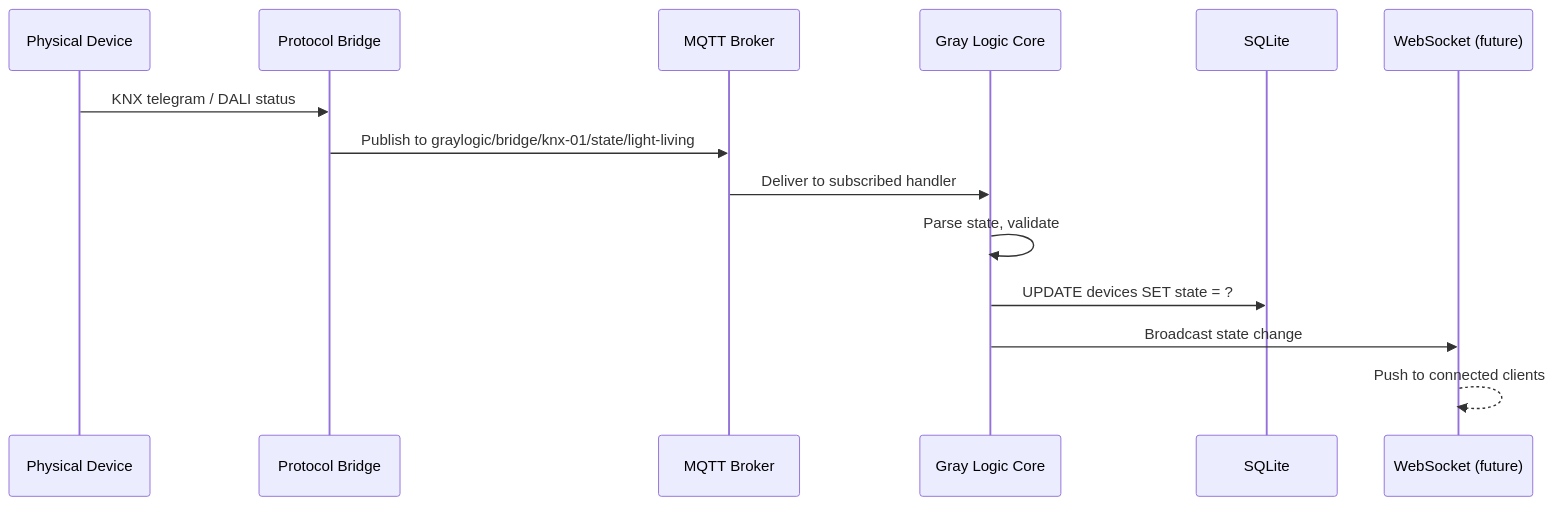
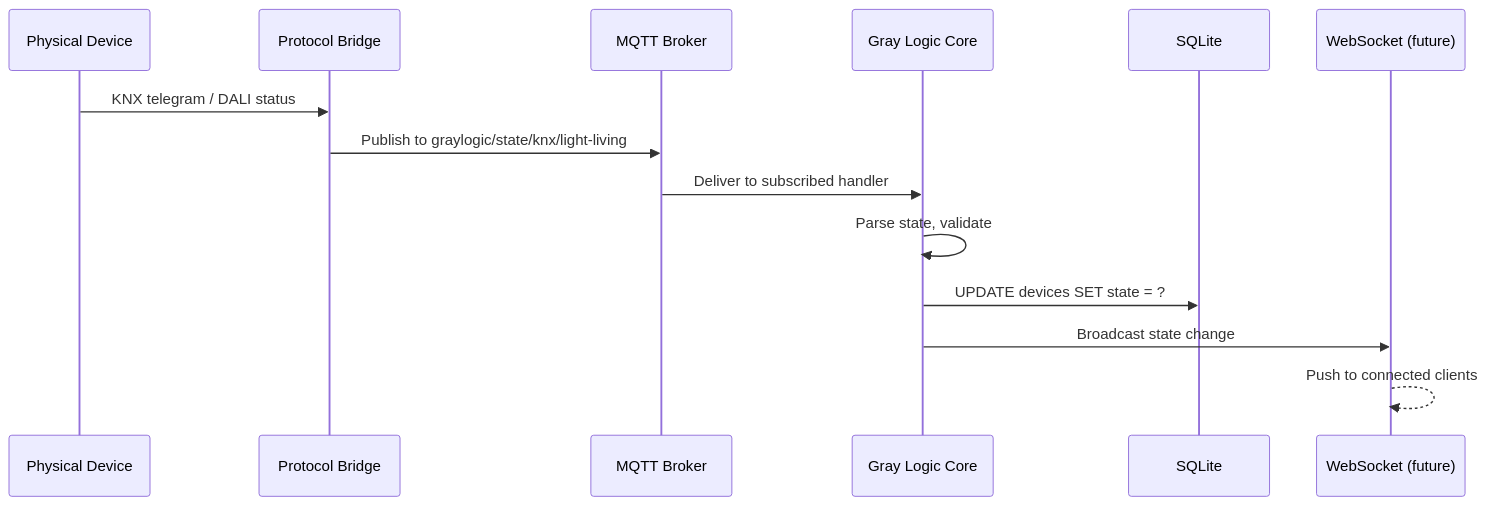
The second of 3 diagrams in code/core/docs/technical/architecture/data-flow.md (nerrad567/gray-logic-stack), drawn with Mermaid before and after one commit. The commit also changed other lines of this file and 15 other files, not shown here.

````diff
--- a/code/core/docs/technical/architecture/data-flow.md
+++ b/code/core/docs/technical/architecture/data-flow.md
@@ -54,18 +54,18 @@
 ```mermaid
 sequenceDiagram
     participant Device as Physical Device
     participant Bridge as Protocol Bridge
     participant Broker as MQTT Broker
     participant Core as Gray Logic Core
     participant DB as SQLite
     participant WS as WebSocket (future)
 
     Device->>Bridge: KNX telegram / DALI status
-    Bridge->>Broker: Publish to graylogic/bridge/knx-01/state/light-living
+    Bridge->>Broker: Publish to graylogic/state/knx/light-living
     Broker->>Core: Deliver to subscribed handler
     
     Core->>Core: Parse state, validate
     Core->>DB: UPDATE devices SET state = ?
     Core->>WS: Broadcast state change
     WS-->>WS: Push to connected clients
 ```
````
